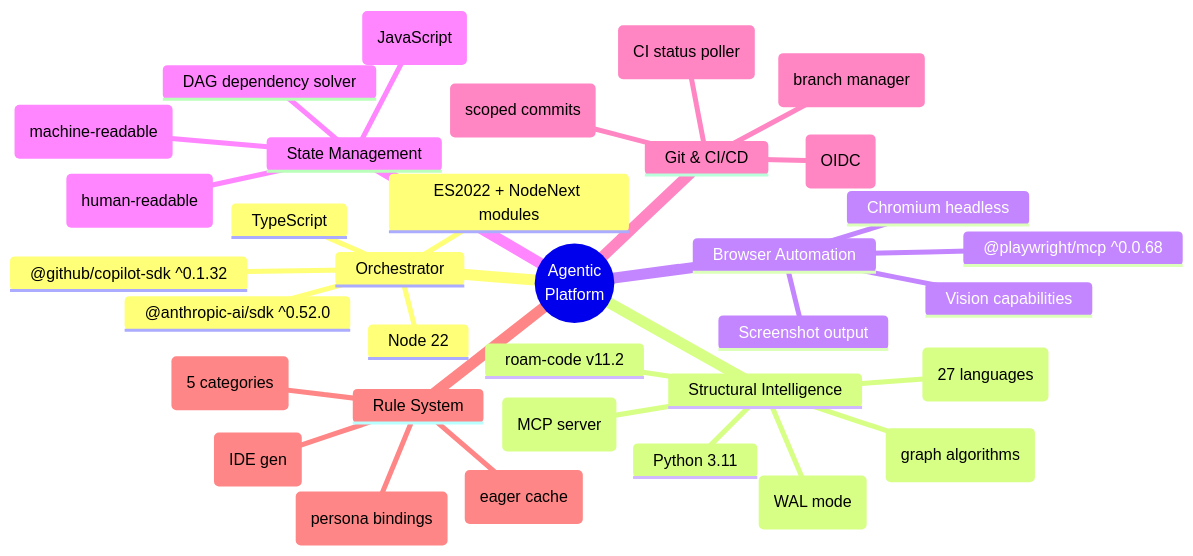
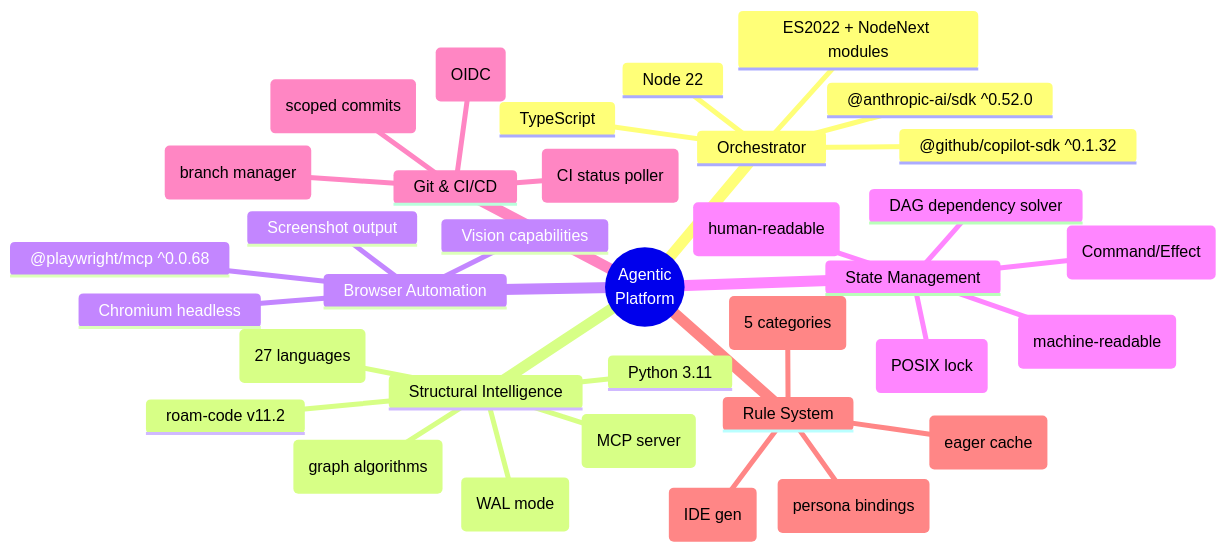
Before and after one commit to RomanKaliupinMelonusa/DAGent-t: the third of 5 diagrams in tools/autonomous-factory/docs/00-overview.md, drawn with Mermaid. The commit also changed other lines of this file and 40 other files, not shown here.

First line of the commit message:
Migrate pipeline state to Kernel+JsonFileStateStore

````diff
--- a/tools/autonomous-factory/docs/00-overview.md
+++ b/tools/autonomous-factory/docs/00-overview.md
@@ -225,37 +224,38 @@
 ```mermaid
 mindmap
   root((Agentic<br/>Platform))
     Orchestrator
       TypeScript
       Node 22
       @github/copilot-sdk ^0.1.32
       @anthropic-ai/sdk ^0.52.0
       ES2022 + NodeNext modules
     Structural Intelligence
       Python 3.11
       roam-code v11.2
       tree-sitter (27 languages)
       SQLite (WAL mode)
       NetworkX (graph algorithms)
       FastMCP (MCP server)
     Browser Automation
       @playwright/mcp ^0.0.68
       Chromium headless
       Vision capabilities
       Screenshot output
     State Management
-      pipeline-state.mjs (JavaScript)
+      PipelineKernel (Command/Effect)
+      JsonFileStateStore (POSIX lock)
       _STATE.json (machine-readable)
       _TRANS.md (human-readable)
       DAG dependency solver
     Git & CI/CD
       agent-commit.sh (scoped commits)
       agent-branch.sh (branch manager)
       poll-ci.sh (CI status poller)
       GitHub Actions (OIDC)
     Rule System
       apm.yml (persona bindings)
       17 rule fragments (5 categories)
       APM Compiler (eager cache)
       apm compile (IDE gen)
 ```
````
